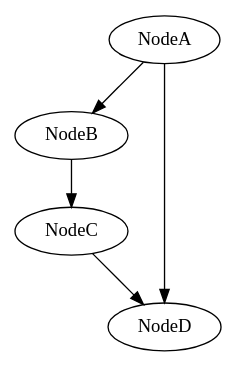
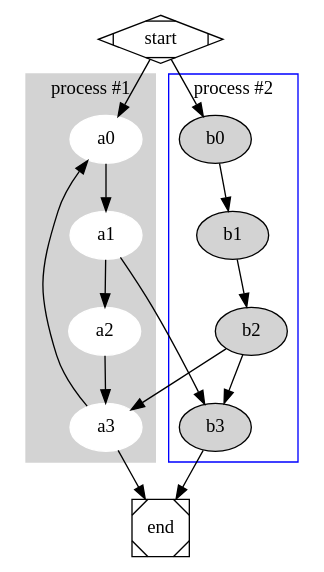
Before and after one commit to thecurz/DotToJsonCompiler: the diagram in input.dot, drawn with Graphviz. The commit also changed 10 other files, not shown here.

```diff
--- a/input.dot
+++ b/input.dot
@@ -1,11 +1,27 @@
-digraph WeightedGraph {
-    A [label=NodeA];
-    B [label=NodeB];
-    C [label=NodeC];
-    D [label=NodeD];
+digraph G {
 
-    A -> B [weight=5];
-    B -> C [weight=3];
-    C -> D [weight=2];
-    A -> D [weight=7]; 
+  subgraph cluster_0 {
+    style=filled;
+    color=lightgrey;
+    node [style=filled,color=white];
+    a0 -> a1 -> a2 -> a3;
+    label = "process #1";
+  }
+
+  subgraph cluster_1 {
+    node [style=filled];
+    b0 -> b1 -> b2 -> b3;
+    label = "process #2";
+    color=blue
+  }
+  start -> a0;
+  start -> b0;
+  a1 -> b3;
+  b2 -> a3;
+  a3 -> a0;
+  a3 -> end;
+  b3 -> end;
+
+  start [shape=Mdiamond];
+  end [shape=Msquare];
 }
```
